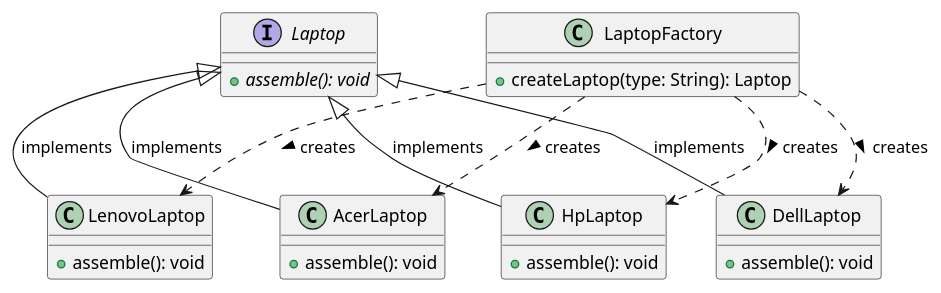
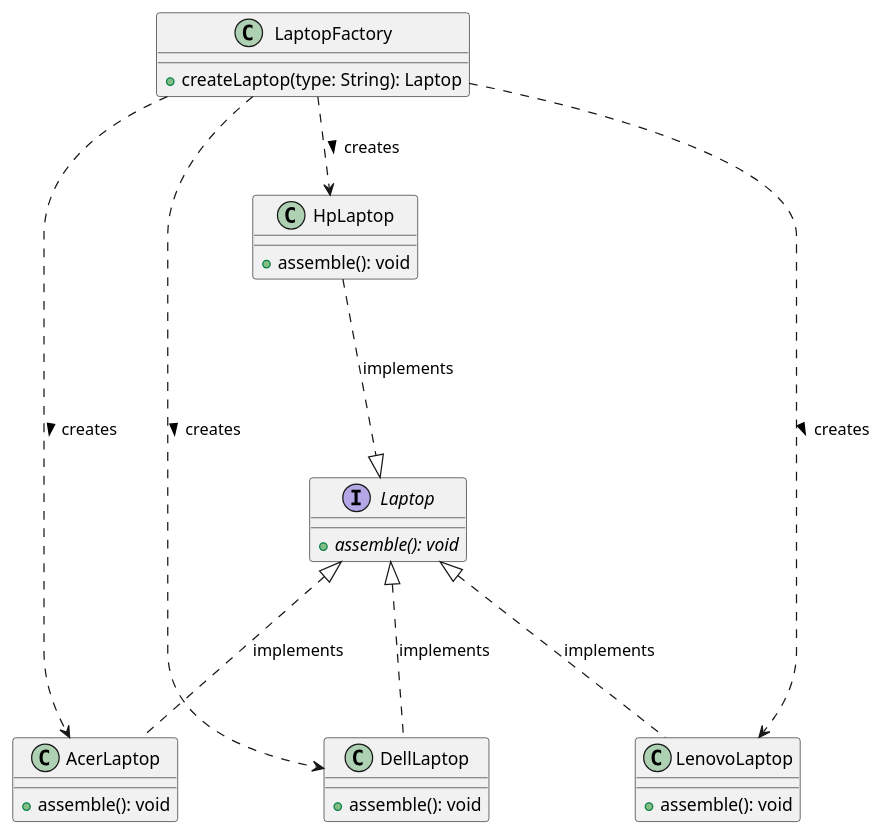
The diagram in src/main/java/com/example/homework/Factory_pattern/Factory_pattern.puml (xiwuqi/Software-design-homework), drawn with PlantUML before and after one commit. The commit also changed 5 other files, not shown here.

```diff
--- a/src/main/java/com/example/homework/Factory_pattern/Factory_pattern.puml
+++ b/src/main/java/com/example/homework/Factory_pattern/Factory_pattern.puml
@@ -1,37 +1,37 @@
 @startuml
 
 interface Laptop {
     {abstract} +assemble(): void
 }
 
 class HpLaptop {
     +assemble(): void
 }
 
 class AcerLaptop {
     +assemble(): void
 }
 
 class LenovoLaptop {
     +assemble(): void
 }
 
 class DellLaptop {
     +assemble(): void
 }
 
-HpLaptop -up-|> Laptop : implements
-AcerLaptop -up-|> Laptop : implements
-LenovoLaptop -up-|> Laptop : implements
-DellLaptop -up-|> Laptop : implements
+HpLaptop ..-|> Laptop : implements
+AcerLaptop ..up-|> Laptop : implements
+LenovoLaptop ..up-|> Laptop : implements
+DellLaptop ..up-|> Laptop : implements
 
 class LaptopFactory {
     +createLaptop(type: String): Laptop
 }
 
 LaptopFactory ..> HpLaptop : creates >
 LaptopFactory ..> AcerLaptop : creates >
 LaptopFactory ..> LenovoLaptop : creates >
 LaptopFactory ..> DellLaptop : creates >
 
 @enduml
```
